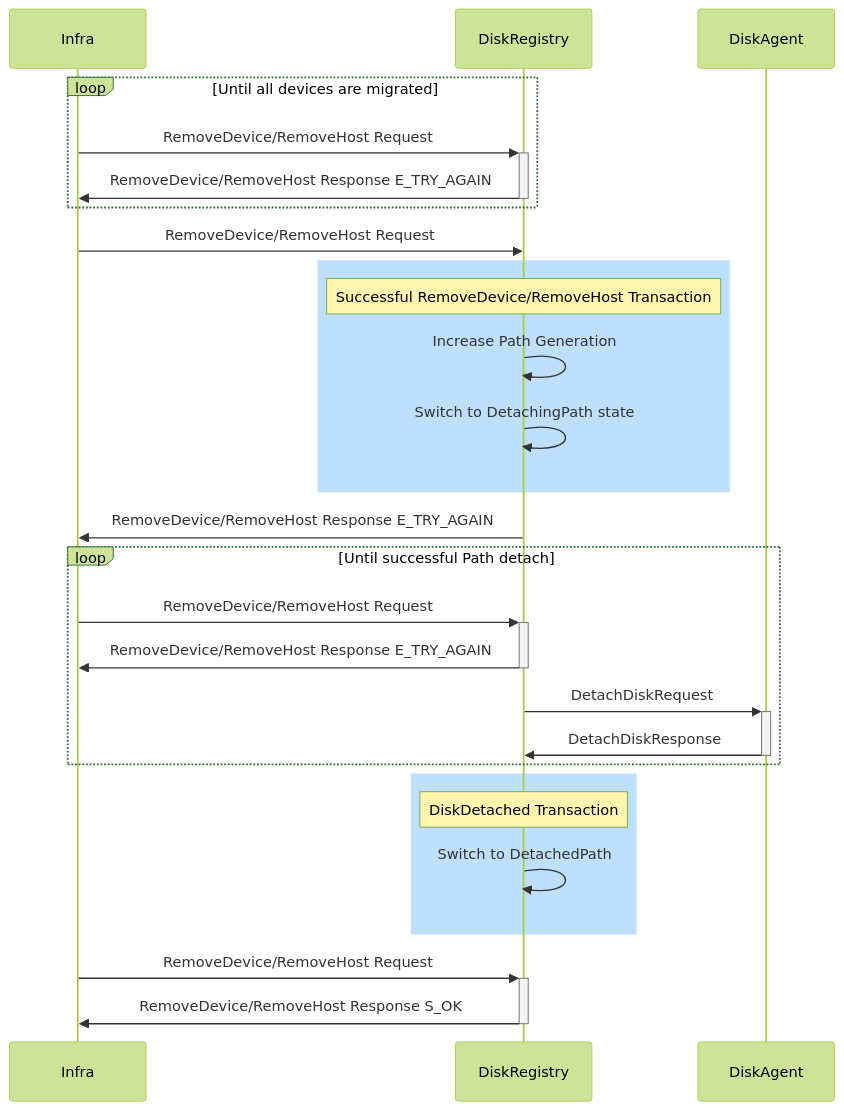
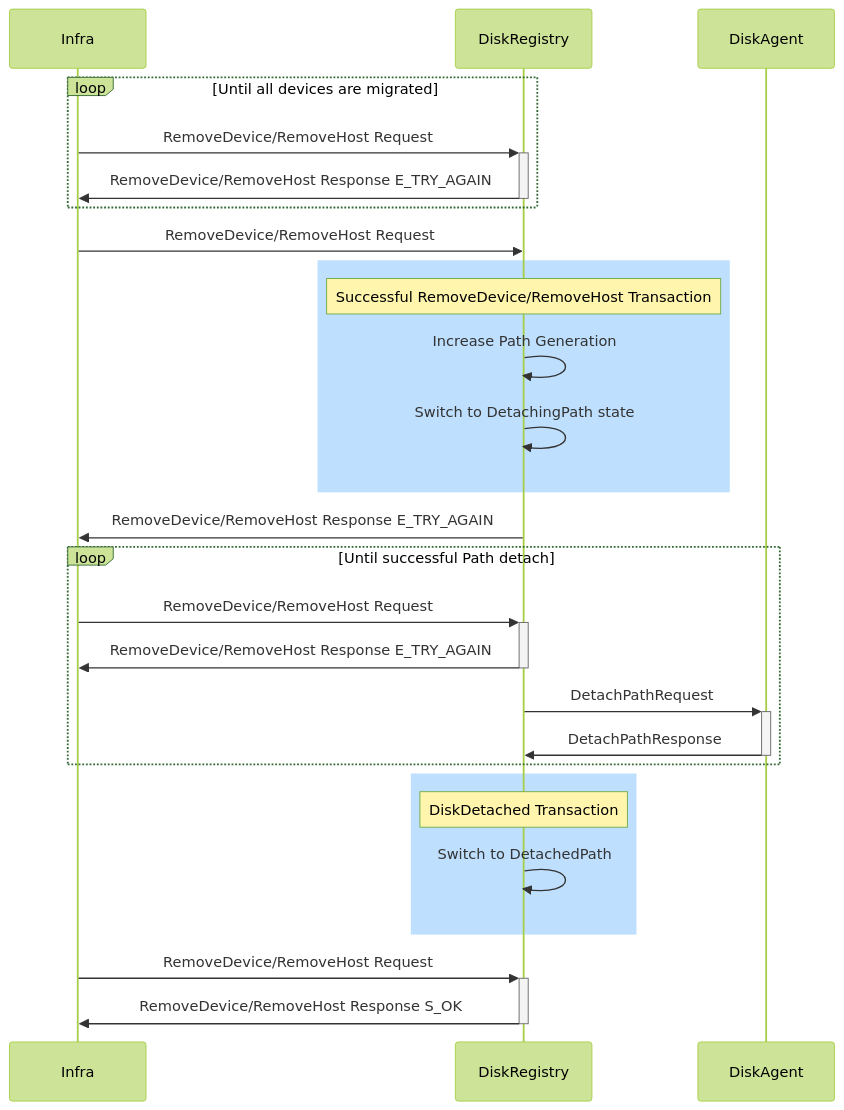
One commit to ydb-platform/nbs changed the third of 3 diagrams in doc/blockstore/disk_registry/attach-detach-hw-devices-in-da-on-cms.md. Above: the diagram before and after it, drawn with Mermaid (forest theme). The commit also changed other lines of this file, not shown here.

````diff
--- a/doc/blockstore/disk_registry/attach-detach-hw-devices-in-da-on-cms.md
+++ b/doc/blockstore/disk_registry/attach-detach-hw-devices-in-da-on-cms.md
@@ -86,31 +86,31 @@
 ```mermaid
 sequenceDiagram
   loop Until all devices are migrated
     Infra ->>+ DiskRegistry: RemoveDevice/RemoveHost Request
     DiskRegistry ->>- Infra: RemoveDevice/RemoveHost Response E_TRY_AGAIN
   end
 
   Infra ->> DiskRegistry: RemoveDevice/RemoveHost Request
   rect rgb(191, 223, 255)
       Note over DiskRegistry: Successful RemoveDevice/RemoveHost Transaction
     DiskRegistry ->> DiskRegistry:  Increase Path Generation
     DiskRegistry ->> DiskRegistry:  Switch to DetachingPath state
   end
   DiskRegistry ->> Infra: RemoveDevice/RemoveHost Response E_TRY_AGAIN
 
   loop Until successful Path detach
     Infra ->>+ DiskRegistry: RemoveDevice/RemoveHost Request
     DiskRegistry ->>- Infra: RemoveDevice/RemoveHost Response E_TRY_AGAIN
 
-    DiskRegistry ->>+ DiskAgent: DetachDiskRequest
-    DiskAgent ->>- DiskRegistry: DetachDiskResponse
+    DiskRegistry ->>+ DiskAgent: DetachPathRequest
+    DiskAgent ->>- DiskRegistry: DetachPathResponse
   end
 
   rect rgb(191, 223, 255)
       Note over DiskRegistry: DiskDetached Transaction
       DiskRegistry ->> DiskRegistry:  Switch to DetachedPath
   end
     Infra ->>+ DiskRegistry: RemoveDevice/RemoveHost Request
     DiskRegistry ->>- Infra: RemoveDevice/RemoveHost Response S_OK
 
 ```
````
